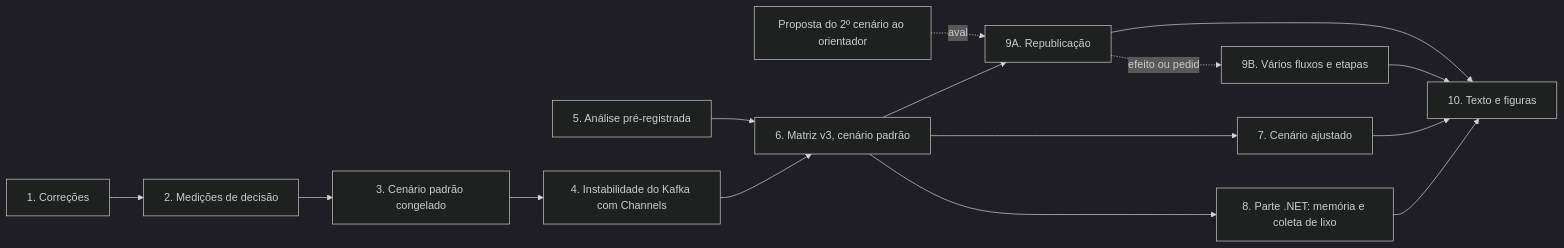
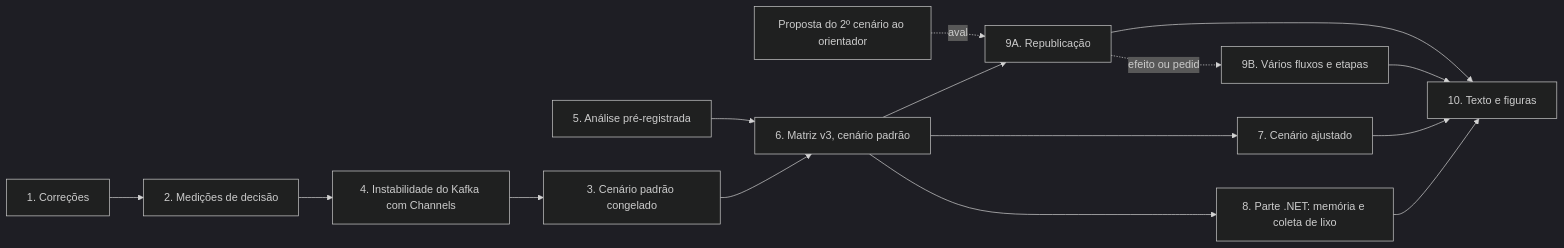
One commit to ramosnvy/pitwall changed the diagram in docs/DESENVOLVIMENTO.md. Above: the diagram before and after it, drawn with Mermaid (dark theme). The commit also changed other lines of this file and 11 other files, not shown here.

````diff
--- a/docs/DESENVOLVIMENTO.md
+++ b/docs/DESENVOLVIMENTO.md
@@ -7,17 +7,17 @@
 ```mermaid
 flowchart LR
     F1[1. Correções] --> F2[2. Medições de decisão]
-    F2 --> F3[3. Cenário padrão congelado]
-    F3 --> F4[4. Instabilidade do Kafka com Channels]
+    F2 --> F4[4. Instabilidade do Kafka com Channels]
+    F4 --> F3[3. Cenário padrão congelado]
     F5[5. Análise pré-registrada] --> F6
-    F4 --> F6[6. Matriz v3, cenário padrão]
+    F3 --> F6[6. Matriz v3, cenário padrão]
     F6 --> F7[7. Cenário ajustado]
     F6 --> F8[8. Parte .NET: memória e coleta de lixo]
     P[Proposta do 2º cenário ao orientador] -.aval.-> F9A[9A. Republicação]
     F6 --> F9A
     F9A -.efeito ou pedido.-> F9B[9B. Vários fluxos e etapas]
     F9A --> F10
     F9B --> F10
     F7 --> F10[10. Texto e figuras]
     F8 --> F10
 ```
````
